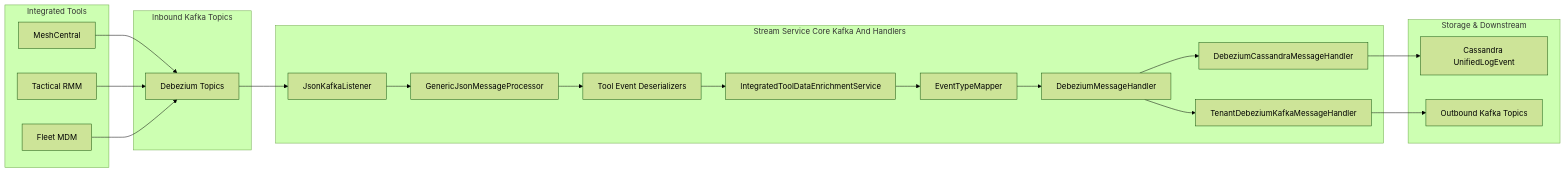
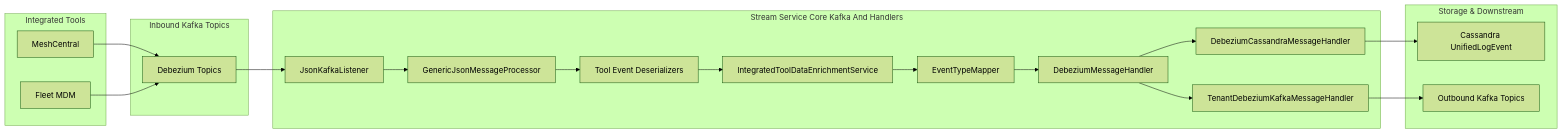
The first of 5 diagrams in docs/reference/architecture/stream-service-core-kafka-and-handlers/stream-service-core-kafka-and-handlers.md (flamingo-stack/openframe-oss-lib), drawn with Mermaid (forest theme) before and after one commit. The commit also changed other lines of this file and 51 other files, not shown here.

````diff
--- a/docs/reference/architecture/stream-service-core-kafka-and-handlers/stream-service-core-kafka-and-handlers.md
+++ b/docs/reference/architecture/stream-service-core-kafka-and-handlers/stream-service-core-kafka-and-handlers.md
@@ -23,45 +23,43 @@
 ```mermaid
 flowchart LR
     subgraph Tools["Integrated Tools"]
         MeshCentral["MeshCentral"]
-        Tactical["Tactical RMM"]
         Fleet["Fleet MDM"]
     end
 
     subgraph KafkaIn["Inbound Kafka Topics"]
         InTopics["Debezium Topics"]
     end
 
     subgraph StreamCore["Stream Service Core Kafka And Handlers"]
         Listener["JsonKafkaListener"]
         Processor["GenericJsonMessageProcessor"]
         Deserializer["Tool Event Deserializers"]
         Enrichment["IntegratedToolDataEnrichmentService"]
         Mapper["EventTypeMapper"]
         Handler["DebeziumMessageHandler"]
         CassandraHandler["DebeziumCassandraMessageHandler"]
         TenantKafkaHandler["TenantDebeziumKafkaMessageHandler"]
     end
 
     subgraph Storage["Storage & Downstream"]
         Cassandra["Cassandra UnifiedLogEvent"]
         KafkaOut["Outbound Kafka Topics"]
     end
 
     MeshCentral --> InTopics
-    Tactical --> InTopics
     Fleet --> InTopics
 
     InTopics --> Listener
     Listener --> Processor
     Processor --> Deserializer
     Deserializer --> Enrichment
     Enrichment --> Mapper
     Mapper --> Handler
 
     Handler --> CassandraHandler
     Handler --> TenantKafkaHandler
 
     CassandraHandler --> Cassandra
     TenantKafkaHandler --> KafkaOut
 ```
````
